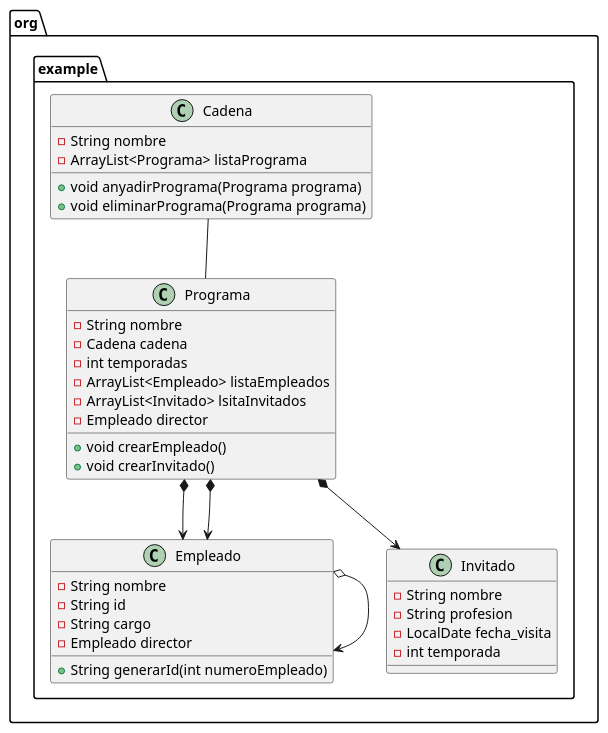
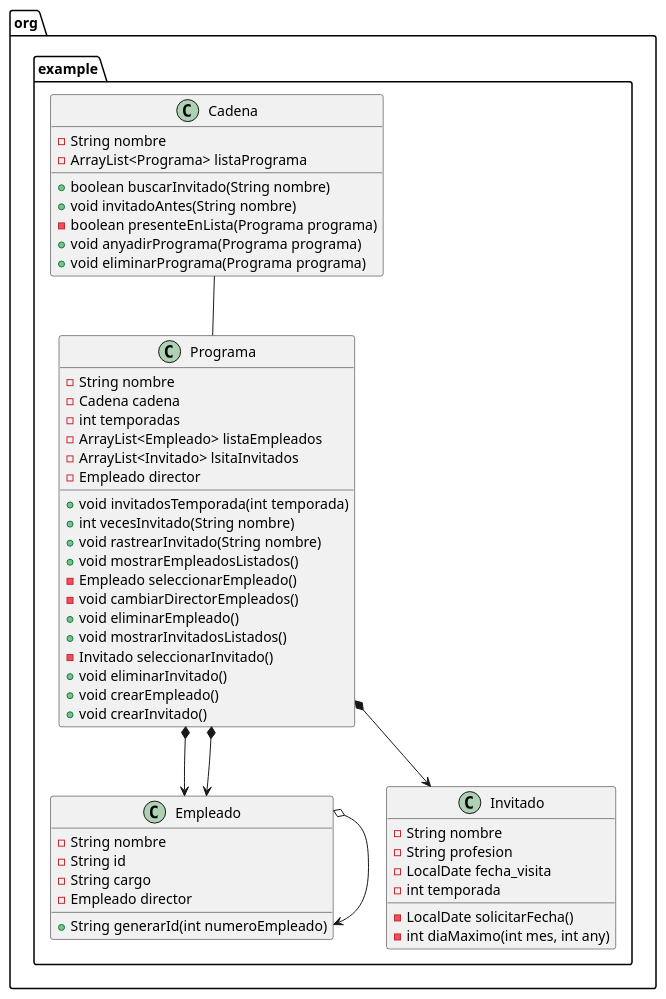
The diagram in EjerciciosUd5_1DAM/Practica_1/src/main/java/org/example/programas.puml (Smeagol-chan/Programaci-n-1-DAM), drawn with PlantUML before and after one commit. The commit also changed 6 other files, not shown here.

```diff
--- a/EjerciciosUd5_1DAM/Practica_1/src/main/java/org/example/programas.puml
+++ b/EjerciciosUd5_1DAM/Practica_1/src/main/java/org/example/programas.puml
@@ -1,47 +1,63 @@
 @startuml
 
 package "org.example" {
     Class Cadena {
         - String nombre
         - ArrayList<Programa> listaPrograma
 
+        + boolean buscarInvitado(String nombre)
+        + void invitadoAntes(String nombre)
+        - boolean presenteEnLista(Programa programa)
         + void anyadirPrograma(Programa programa)
         + void eliminarPrograma(Programa programa)
     }
 
     Class Programa {
         - String nombre
         - Cadena cadena
         - int temporadas
         - ArrayList<Empleado> listaEmpleados
         - ArrayList<Invitado> lsitaInvitados
         - Empleado director
 
+        + void invitadosTemporada(int temporada)
+        + int vecesInvitado(String nombre)
+        + void rastrearInvitado(String nombre)
+        + void mostrarEmpleadosListados()
+        - Empleado seleccionarEmpleado()
+        - void cambiarDirectorEmpleados()
+        + void eliminarEmpleado()
+        + void mostrarInvitadosListados()
+        - Invitado seleccionarInvitado()
+        + void eliminarInvitado()
         + void crearEmpleado()
         + void crearInvitado()
     }
 
     Class Empleado {
         - String nombre
         - String id
         - String cargo
         - Empleado director
 
         + String generarId(int numeroEmpleado)
     }
 
     Class Invitado {
         - String nombre
         - String profesion
         - LocalDate fecha_visita
         - int temporada
+
+        - LocalDate solicitarFecha()
+        - int diaMaximo(int mes, int any)
     }
 
     Cadena -- Programa
     Programa *--> Empleado
     Programa *--> Empleado
     Empleado o--> Empleado
     Programa *--> Invitado
 }
 
 @enduml
```
